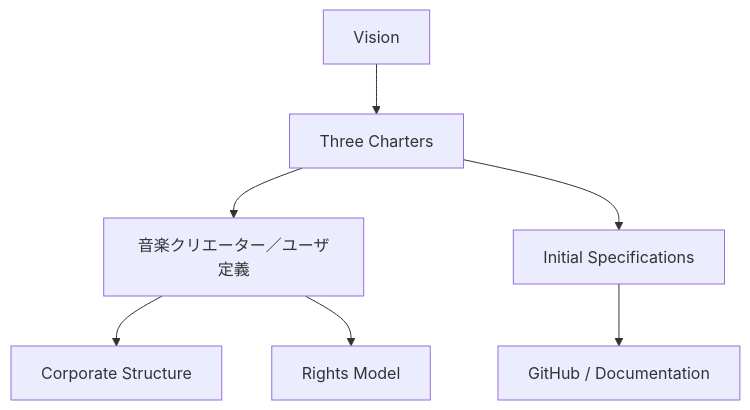
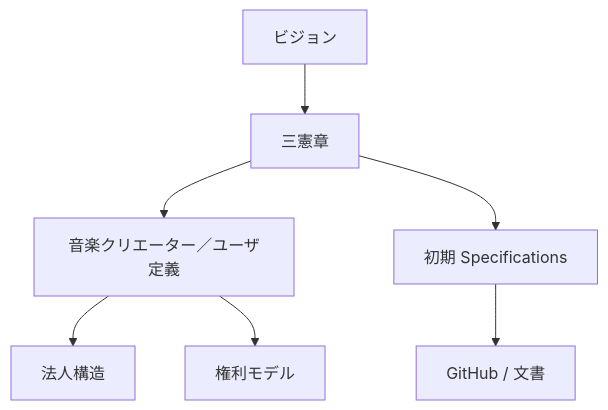
Before and after one commit to ShigeichiroYamasaki/creator-first-platform: the fifth of 47 diagrams in docs/whitepaper/13-roadmap.md, drawn with Mermaid. The commit also changed other lines of this file and 72 other files, not shown here.

````diff
--- a/docs/whitepaper/13-roadmap.md
+++ b/docs/whitepaper/13-roadmap.md
@@ -124,17 +124,17 @@
 ```mermaid
 flowchart TD
-    VISION[Vision]
-    CHARTER[Three Charters]
+    VISION[ビジョン]
+    CHARTER[三憲章]
     DEFINITIONS[音楽クリエーター／ユーザ定義]
-    CORP[Corporate Structure]
-    RIGHTS[Rights Model]
-    SPEC[Initial Specifications]
-    REPO[GitHub / Documentation]
+    CORP[法人構造]
+    RIGHTS[権利モデル]
+    SPEC[初期 Specifications]
+    REPO[GitHub / 文書]
 
     VISION --> CHARTER
     CHARTER --> DEFINITIONS
     DEFINITIONS --> CORP
     DEFINITIONS --> RIGHTS
     CHARTER --> SPEC
     SPEC --> REPO
 ```
````
